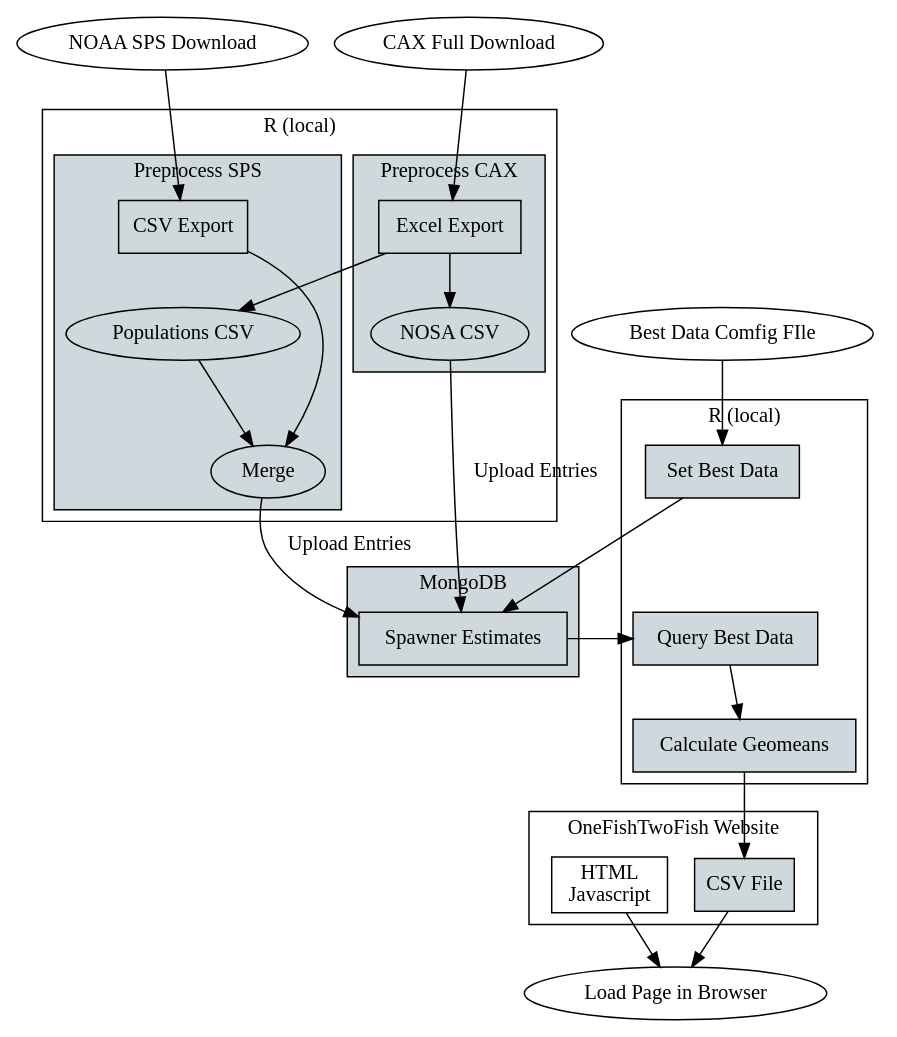
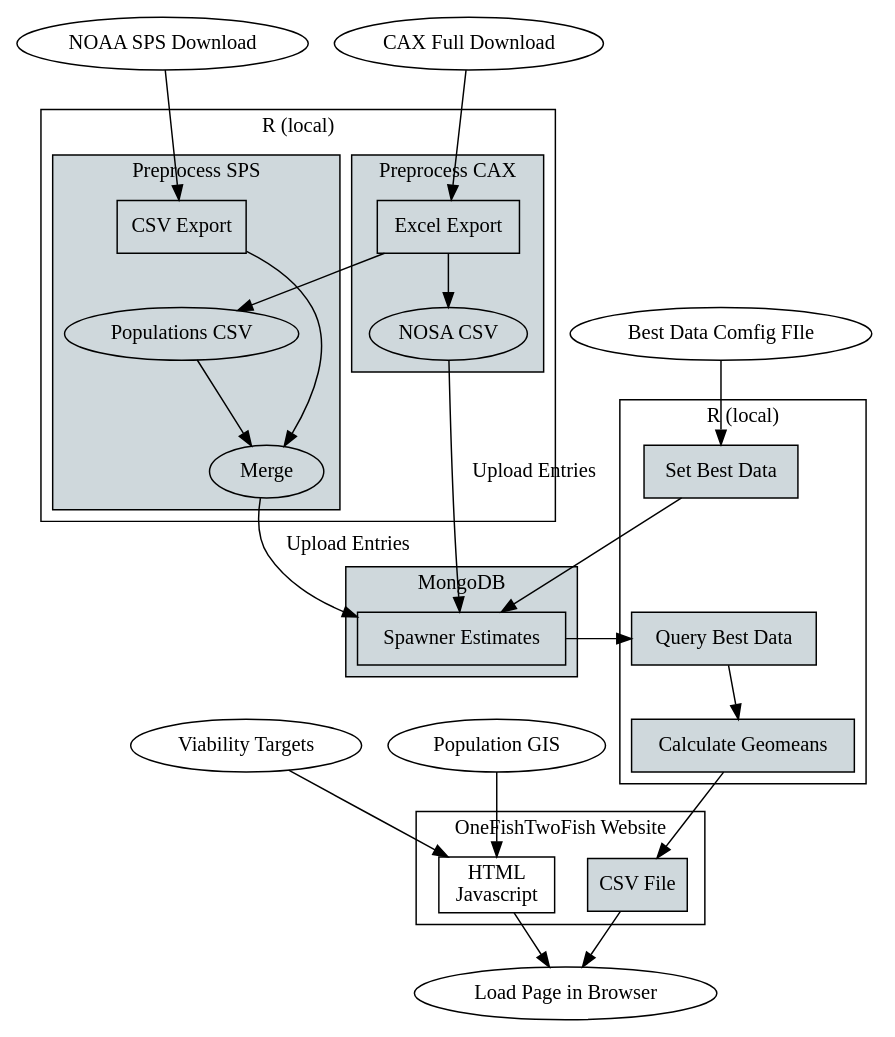
Before and after one commit to salmonetics/bpa: the diagram in spawnertrends/spawnertrends.gv.dot, drawn with Graphviz. The commit also changed 1 other file, not shown here.

```diff
--- a/spawnertrends/spawnertrends.gv.dot
+++ b/spawnertrends/spawnertrends.gv.dot
@@ -1,97 +1,100 @@
 digraph {
   node [ fontname="Handlee" ];
   compound=true
 
      sps_download [label="NOAA SPS Download"];
      cax_download [label="CAX Full Download"];
 
 
  
       
   subgraph cluster_backend {
     label="R (local)";
     rankdir="LR"
     subgraph cluster_CAX {
         fillcolor="#CFD8DC"
         style="filled"
         fontcolor="black"        
         label="Preprocess CAX"
         export_cax [label="Excel Export" shape=polygon];
         nosa_csv [label="NOSA CSV"]
         
     }
     
     subgraph cluster_SPS{
         fillcolor="#CFD8DC"
         style="filled"
         fontcolor="black"        
         label="Preprocess SPS"
         export_sps [label="CSV Export" shape=polygon];
         pop_csv [label="Populations CSV"]
         merge_pops [label="Merge"]
     }
     
     subgraph cluster_best{
         fillcolor="#CFD8DC"
         style="filled"
         fontcolor="black"        
         label="Set Best Data"
         
     }    
 
   }
   
     subgraph cluster_back2{
         label="R (local)"
         query_mongo [shape=rectangle label="Query Best Data" fillcolor="#CFD8DC"
     style="filled" fontcolor="black"]
         geomeans [label="Calculate Geomeans" shape=rectangle fillcolor="#CFD8DC"
     style="filled" fontcolor="black"]
     set_best [shape=rectangle label="Set Best Data"  fillcolor="#CFD8DC"
     style="filled" fontcolor="black"]
     }
   
   subgraph cluster_onefish {
     label="OneFishTwoFish Website" 
     html [shape=rectangle label="HTML\nJavascript"]
     csv [shape=rectangle label="CSV File" fillcolor="#CFD8DC"
     style="filled" fontcolor="black"]
   }
   
   load_page [label="Load Page in Browser"]
-
+  targets [label="Viability Targets"]
+  gis [label="Population GIS"]
   
   subgraph cluster_MongoDB{
         fillcolor="#CFD8DC"
         style="filled"
         fontcolor="black"        
         label="MongoDB"
         spawners[label="Spawner Estimates" shape=polygon];
   }
   
   subgraph cluster_postprocss{
       
   }
   
   best_csv [label="Best Data Comfig FIle"]
   
   cax_download -> export_cax;
   sps_download -> export_sps
   export_cax -> nosa_csv
   export_cax -> pop_csv
   pop_csv -> merge_pops
   nosa_csv -> spawners [label="Upload Entries"]
   export_sps -> merge_pops
   export_sps -> pop_csv  [style=invis]
   merge_pops -> spawners [label="Upload Entries"]
   best_csv -> set_best
   set_best -> spawners
   set_best -> query_mongo  [style=invis]
   spawners -> query_mongo
   query_mongo -> geomeans
   geomeans -> csv
+  targets -> html
+  gis -> html
 
   html -> load_page
   csv -> load_page
 
 }
```
